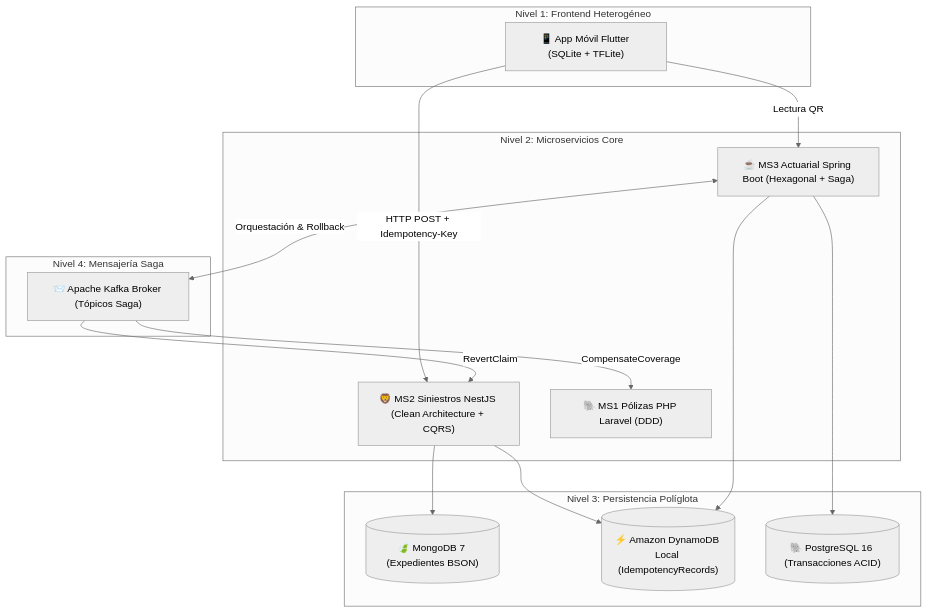
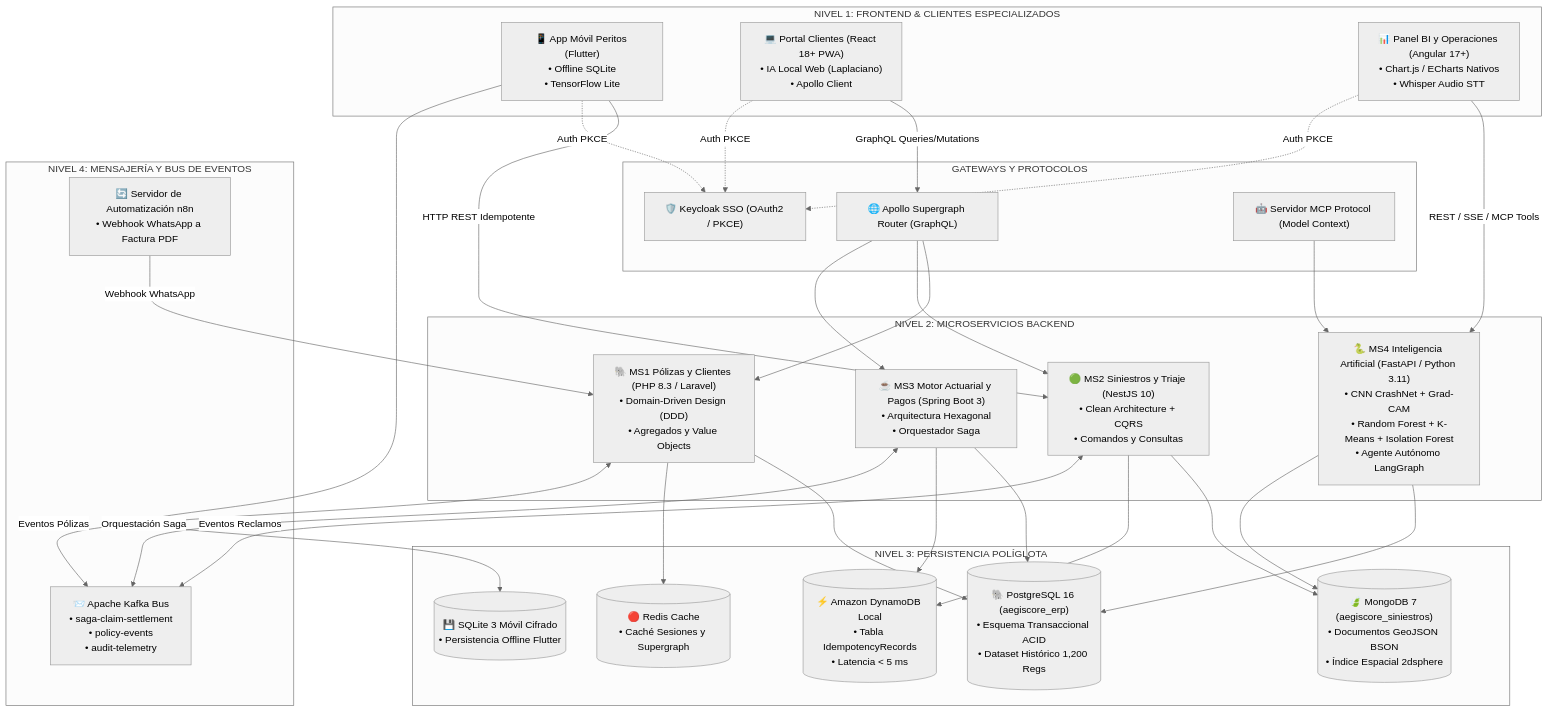
Before and after one commit to DiegoxdGarcia2/2doParcialSW2: diagram 16 of 16 in docs/FASE_3_DOCUMENTACION_ICONIX_PERFIL_B.md, drawn with Mermaid (neutral theme). The commit also changed other lines of this file and 11 other files, not shown here.

Commit message:
docs(iconix): documentacion integral del sistema completo AegisCore AI (CU01-CU15) y base de datos nativa Enterprise Architect 17.2 (.qea) con conectores y mensajes corregidos

````diff
--- a/docs/FASE_3_DOCUMENTACION_ICONIX_PERFIL_B.md
+++ b/docs/FASE_3_DOCUMENTACION_ICONIX_PERFIL_B.md
@@ -949,29 +1251,65 @@
 ```mermaid
-flowchart TB
-    subgraph N1["Nivel 1: Frontend Heterogéneo"]
-        FLUTTER["📱 App Móvil Flutter (SQLite + TFLite)"]
-    end
-    subgraph N2["Nivel 2: Microservicios Core"]
-        MS2["🦁 MS2 Siniestros NestJS (Clean Architecture + CQRS)"]
-        MS3["☕ MS3 Actuarial Spring Boot (Hexagonal + Saga)"]
-        MS1["🐘 MS1 Pólizas PHP Laravel (DDD)"]
-    end
-    subgraph N3["Nivel 3: Persistencia Políglota"]
-        MONGO[("🍃 MongoDB 7 (Expedientes BSON)")]
-        DYNAMO[("⚡ Amazon DynamoDB Local (IdempotencyRecords)")]
-        PG[("🐘 PostgreSQL 16 (Transacciones ACID)")]
-    end
-    subgraph N4["Nivel 4: Mensajería Saga"]
-        KAFKA["📨 Apache Kafka Broker (Tópicos Saga)"]
+flowchart TD
+    subgraph Nivel1["NIVEL 1: FRONTEND & CLIENTES ESPECIALIZADOS"]
+        F1["📱 App Móvil Peritos (Flutter)<br/>• Offline SQLite<br/>• TensorFlow Lite"]
+        F2["💻 Portal Clientes (React 18+ PWA)<br/>• IA Local Web (Laplaciano)<br/>• Apollo Client"]
+        F3["📊 Panel BI y Operaciones (Angular 17+)<br/>• Chart.js / ECharts Nativos<br/>• Whisper Audio STT"]
     end
 
-    FLUTTER -->|"HTTP POST + Idempotency-Key"| MS2
-    FLUTTER -->|"Lectura QR"| MS3
-    MS2 --> MONGO
-    MS2 --> DYNAMO
-    MS3 --> PG
-    MS3 --> DYNAMO
-    MS3 <-->|"Orquestación & Rollback"| KAFKA
-    KAFKA -->|"CompensateCoverage"| MS1
-    KAFKA -->|"RevertClaim"| MS2
+    subgraph NivelGw["GATEWAYS Y PROTOCOLOS"]
+        GW1["🛡️ Keycloak SSO (OAuth2 / PKCE)"]
+        GW2["🌐 Apollo Supergraph Router (GraphQL)"]
+        GW3["🤖 Servidor MCP Protocol (Model Context)"]
+    end
+
+    subgraph Nivel2["NIVEL 2: MICROSERVICIOS BACKEND"]
+        MS1["🐘 MS1 Pólizas y Clientes (PHP 8.3 / Laravel)<br/>• Domain-Driven Design (DDD)<br/>• Agregados y Value Objects"]
+        MS2["🟢 MS2 Siniestros y Triaje (NestJS 10)<br/>• Clean Architecture + CQRS<br/>• Comandos y Consultas"]
+        MS3["☕ MS3 Motor Actuarial y Pagos (Spring Boot 3)<br/>• Arquitectura Hexagonal<br/>• Orquestador Saga"]
+        MS4["🐍 MS4 Inteligencia Artificial (FastAPI / Python 3.11)<br/>• CNN CrashNet + Grad-CAM<br/>• Random Forest + K-Means + Isolation Forest<br/>• Agente Autónomo LangGraph"]
+    end
+
+    subgraph Nivel3["NIVEL 3: PERSISTENCIA POLÍGLOTA"]
+        DB_PG[("🐘 PostgreSQL 16 (aegiscore_erp)<br/>• Esquema Transaccional ACID<br/>• Dataset Histórico 1,200 Regs")]
+        DB_Mongo[("🍃 MongoDB 7 (aegiscore_siniestros)<br/>• Documentos GeoJSON BSON<br/>• Índice Espacial 2dsphere")]
+        DB_Dynamo[("⚡ Amazon DynamoDB Local<br/>• Tabla IdempotencyRecords<br/>• Latencia < 5 ms")]
+        DB_SQLite[("💾 SQLite 3 Móvil Cifrado<br/>• Persistencia Offline Flutter")]
+        DB_Redis[("🔴 Redis Cache<br/>• Caché Sesiones y Supergraph")]
+    end
+
+    subgraph Nivel4["NIVEL 4: MENSAJERÍA Y BUS DE EVENTOS"]
+        KAFKA["📨 Apache Kafka Bus<br/>• saga-claim-settlement<br/>• policy-events<br/>• audit-telemetry"]
+        N8N["🔄 Servidor de Automatización n8n<br/>• Webhook WhatsApp a Factura PDF"]
+    end
+
+    %% Conexiones Nivel 1 a Gateways y Servicios
+    F1 -->|HTTP REST Idempotente| MS2
+    F2 -->|GraphQL Queries/Mutations| GW2
+    F3 -->|REST / SSE / MCP Tools| MS4
+    F2 -.->|Auth PKCE| GW1
+    F1 -.->|Auth PKCE| GW1
+    F3 -.->|Auth PKCE| GW1
+
+    %% Gateways a Microservicios
+    GW2 --> MS1
+    GW2 --> MS2
+    GW2 --> MS3
+    GW3 --> MS4
+
+    %% Microservicios a Persistencia
+    MS1 --> DB_PG
+    MS1 --> DB_Redis
+    MS2 --> DB_Mongo
+    MS2 --> DB_Dynamo
+    F1 --> DB_SQLite
+    MS3 --> DB_PG
+    MS3 --> DB_Dynamo
+    MS4 --> DB_PG
+    MS4 --> DB_Mongo
+
+    %% Integración Asíncrona
+    MS2 <-->|Eventos Reclamos| KAFKA
+    MS3 <-->|Orquestación Saga| KAFKA
+    MS1 <-->|Eventos Pólizas| KAFKA
+    N8N -->|Webhook WhatsApp| MS1
 ```
````
